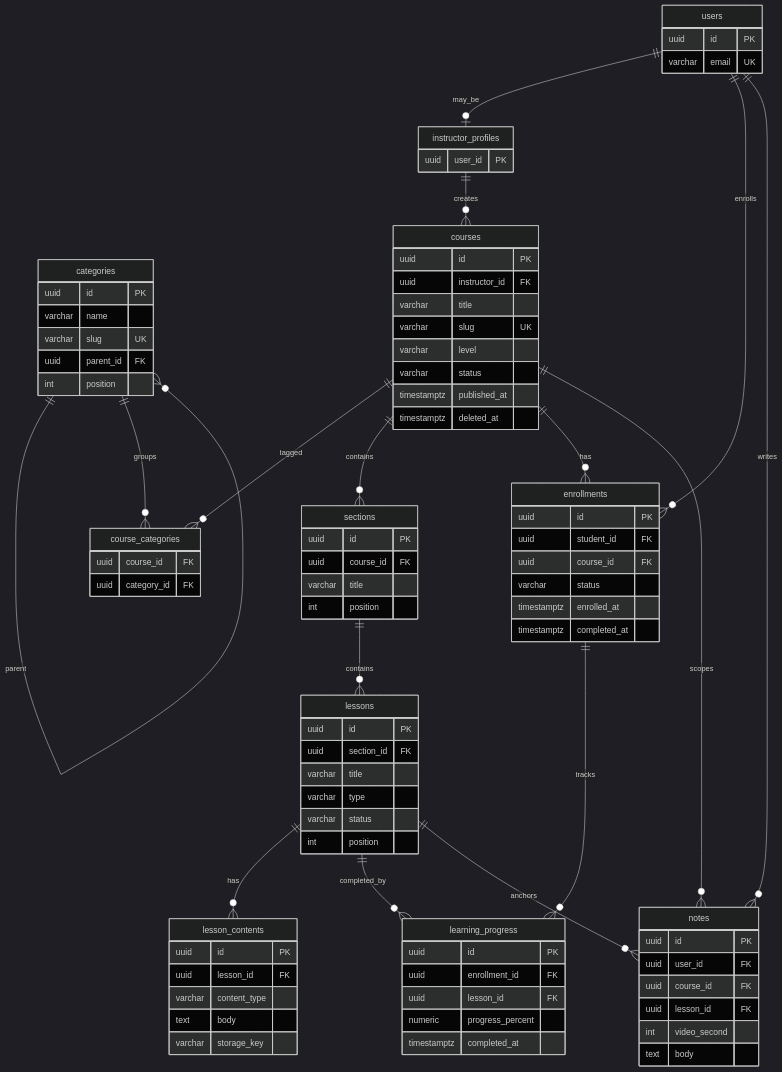
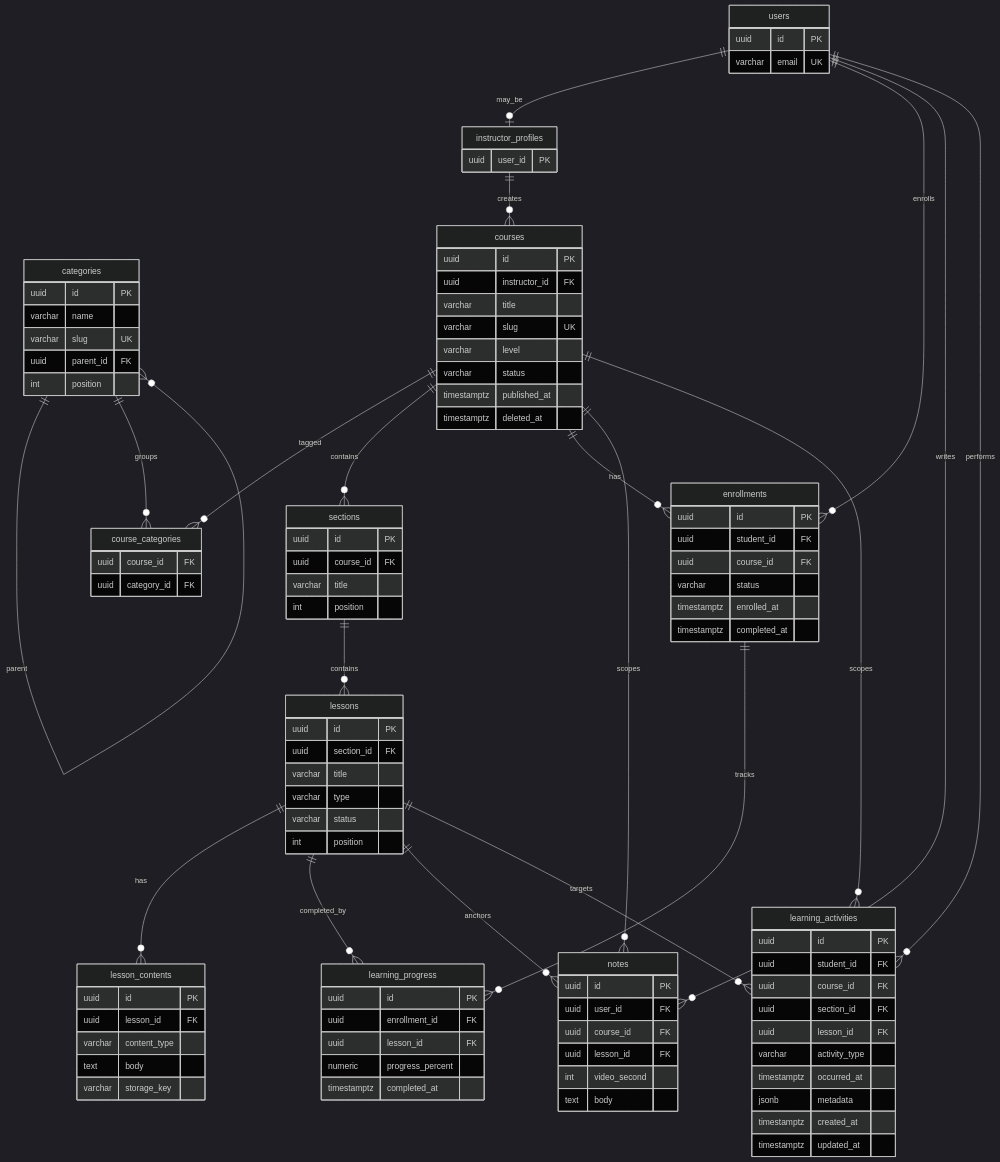
One commit to teehihi/edu-alto changed the diagram in docs/database/diagrams/02-course-learning-erd.mmd. Above: the diagram before and after it, drawn with Mermaid (dark theme). The commit also changed 89 other files, not shown here.

Commit message:
feat(analytics,learning,pipeline): add instructor analytics dashboard, academic data sources analysis and activity pipeline (EDU-48, EDU-96, EDU-101)

```diff
--- a/docs/database/diagrams/02-course-learning-erd.mmd
+++ b/docs/database/diagrams/02-course-learning-erd.mmd
@@ -1,89 +1,104 @@
 erDiagram
   users {
     uuid id PK
     varchar email UK
   }
   instructor_profiles {
     uuid user_id PK
   }
   categories {
     uuid id PK
     varchar name
     varchar slug UK
     uuid parent_id FK
     int position
   }
   courses {
     uuid id PK
     uuid instructor_id FK
     varchar title
     varchar slug UK
     varchar level
     varchar status
     timestamptz published_at
     timestamptz deleted_at
   }
   course_categories {
     uuid course_id FK
     uuid category_id FK
   }
   sections {
     uuid id PK
     uuid course_id FK
     varchar title
     int position
   }
   lessons {
     uuid id PK
     uuid section_id FK
     varchar title
     varchar type
     varchar status
     int position
   }
   lesson_contents {
     uuid id PK
     uuid lesson_id FK
     varchar content_type
     text body
     varchar storage_key
   }
   enrollments {
     uuid id PK
     uuid student_id FK
     uuid course_id FK
     varchar status
     timestamptz enrolled_at
     timestamptz completed_at
   }
   learning_progress {
     uuid id PK
     uuid enrollment_id FK
     uuid lesson_id FK
     numeric progress_percent
     timestamptz completed_at
   }
   notes {
     uuid id PK
     uuid user_id FK
     uuid course_id FK
     uuid lesson_id FK
     int video_second
     text body
   }
+  learning_activities {
+    uuid id PK
+    uuid student_id FK
+    uuid course_id FK
+    uuid section_id FK
+    uuid lesson_id FK
+    varchar activity_type
+    timestamptz occurred_at
+    jsonb metadata
+    timestamptz created_at
+    timestamptz updated_at
+  }
 
   users ||--o| instructor_profiles : may_be
   instructor_profiles ||--o{ courses : creates
   categories ||--o{ categories : parent
   courses ||--o{ course_categories : tagged
   categories ||--o{ course_categories : groups
   courses ||--o{ sections : contains
   sections ||--o{ lessons : contains
   lessons ||--o{ lesson_contents : has
   users ||--o{ enrollments : enrolls
   courses ||--o{ enrollments : has
   enrollments ||--o{ learning_progress : tracks
   lessons ||--o{ learning_progress : completed_by
   users ||--o{ notes : writes
   courses ||--o{ notes : scopes
   lessons ||--o{ notes : anchors
+  users ||--o{ learning_activities : performs
+  courses ||--o{ learning_activities : scopes
+  lessons ||--o{ learning_activities : targets
```
